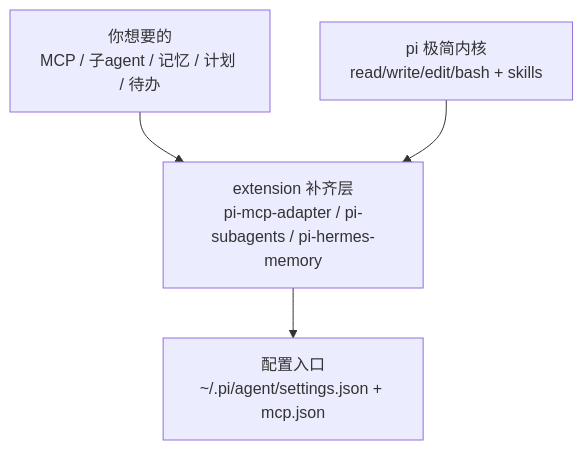
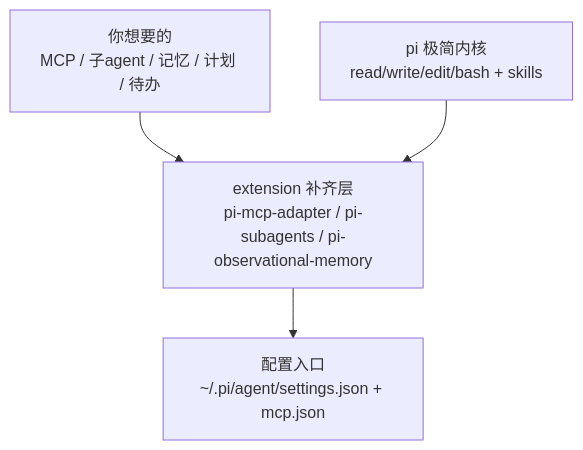
Before and after one commit to Aafff623/fork-Firefly: the diagram in src/content/posts/pi-coding-agent-setup/index.md, drawn with Mermaid. The commit also changed other lines of this file and 2 other files, not shown here.

First line of the commit message:
docs(posts): 维护 pi 系列文章,同步 hermes→observational 与 dynamic-workflows

````diff
--- a/src/content/posts/pi-coding-agent-setup/index.md
+++ b/src/content/posts/pi-coding-agent-setup/index.md
@@ -28,10 +30,10 @@
 ```mermaid
 flowchart TB
   A["你想要的<br/>MCP / 子agent / 记忆 / 计划 / 待办"]
   B["pi 极简内核<br/>read/write/edit/bash + skills"]
-  C["extension 补齐层<br/>pi-mcp-adapter / pi-subagents / pi-hermes-memory"]
+  C["extension 补齐层<br/>pi-mcp-adapter / pi-subagents / pi-observational-memory"]
   D["配置入口<br/>~/.pi/agent/settings.json + mcp.json"]
   A --> C
   B --> C
   C --> D
 ```
````
